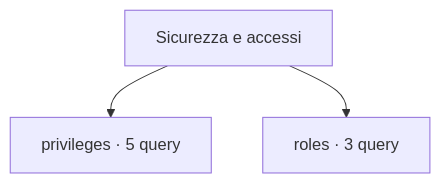
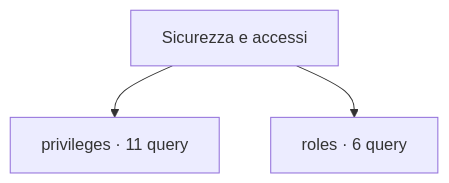
Before and after one commit to Mohamed-DN/PG-DN_scripts: the diagram in scripts/security/README.md, drawn with Mermaid. The commit also changed other lines of this file and 533 other files, not shown here.

````diff
--- a/scripts/security/README.md
+++ b/scripts/security/README.md
@@ -11,6 +37,6 @@
 ```mermaid
 flowchart TD
     root["Sicurezza e accessi"]
-    root --> c0["privileges · 5 query"]
-    root --> c1["roles · 3 query"]
+    root --> c0["privileges · 11 query"]
+    root --> c1["roles · 6 query"]
 ```
````
